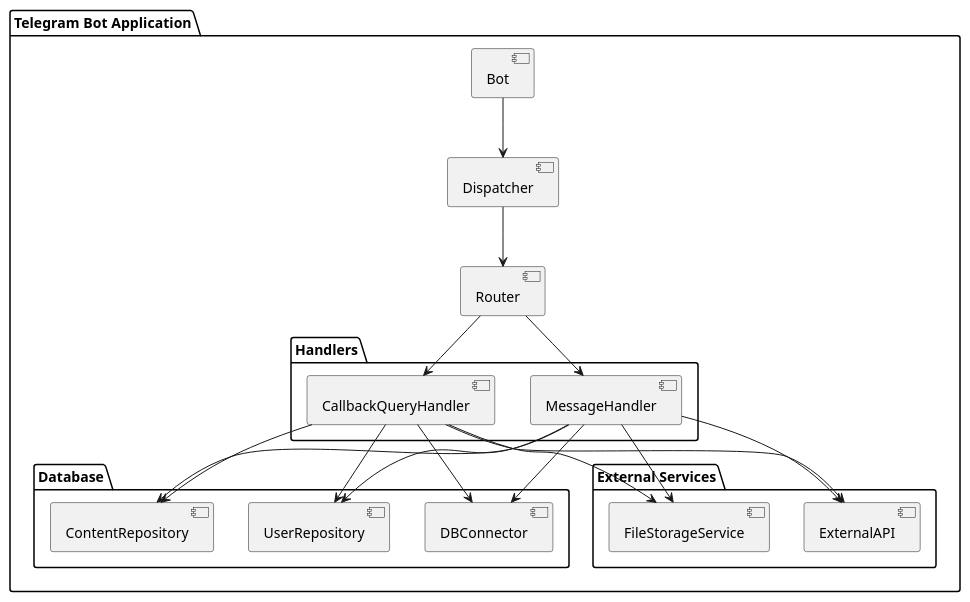
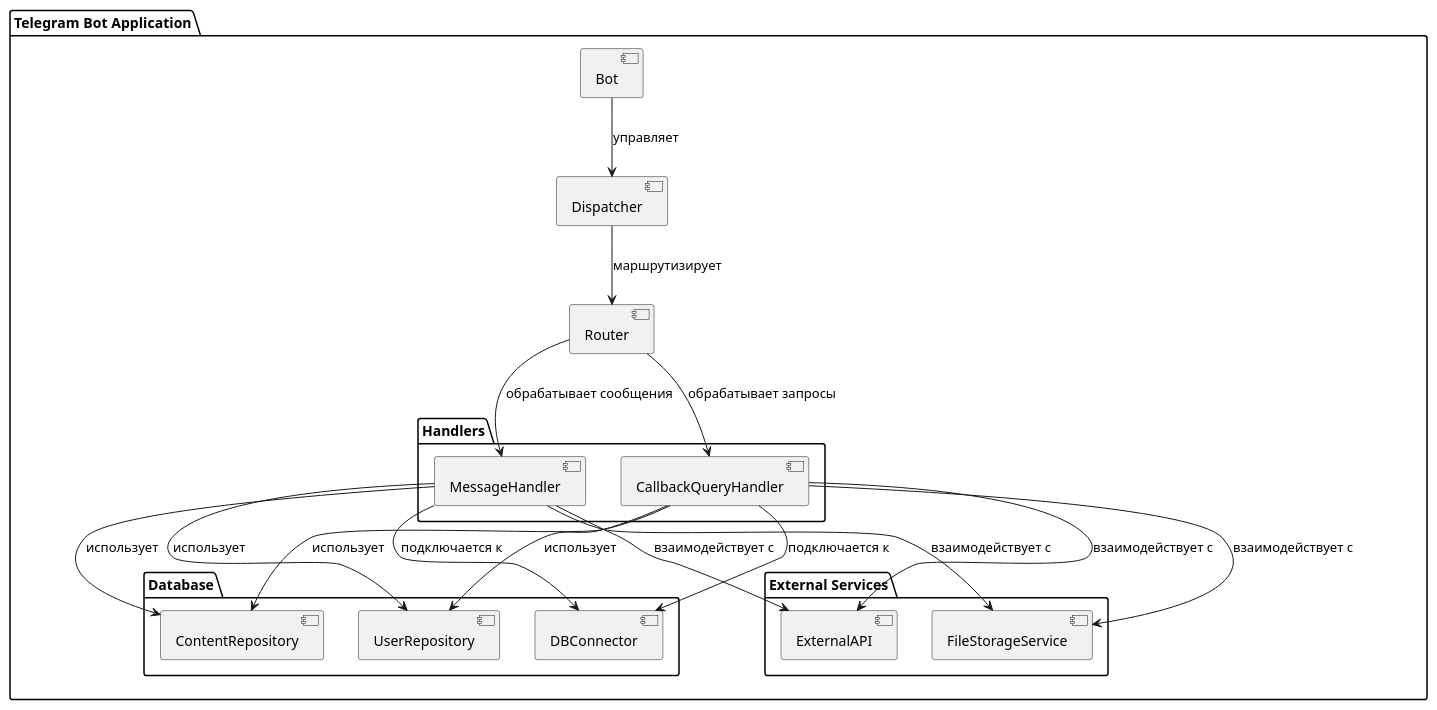
Before and after one commit to sinseiwas/PROspekt_bot: the diagram in docs/diagrams/component_diagram.puml, drawn with PlantUML. The commit also changed 2 other files, not shown here.

```diff
--- a/docs/diagrams/component_diagram.puml
+++ b/docs/diagrams/component_diagram.puml
@@ -1,38 +1,37 @@
 @startuml
 package "Telegram Bot Application" {
-    [Bot] --> [Dispatcher]
-
-    [Dispatcher] --> [Router]
+    [Bot] --> [Dispatcher] : управляет
+    [Dispatcher] --> [Router] : маршрутизирует
 
     package "Handlers" {
         [MessageHandler]
         [CallbackQueryHandler]
     }
 
-    [Router] --> [MessageHandler]
-    [Router] --> [CallbackQueryHandler]
+    [Router] --> [MessageHandler] : обрабатывает сообщения
+    [Router] --> [CallbackQueryHandler] : обрабатывает запросы
 
     package "Database" {
         [DBConnector]
         [UserRepository]
         [ContentRepository]
     }
 
     package "External Services" {
         [ExternalAPI]
         [FileStorageService]
     }
 
-    [MessageHandler] --> [DBConnector]
-    [MessageHandler] --> [UserRepository]
-    [MessageHandler] --> [ContentRepository]
-    [MessageHandler] --> [ExternalAPI]
-    [MessageHandler] --> [FileStorageService]
+    [MessageHandler] --> [DBConnector] : подключается к
+    [MessageHandler] --> [UserRepository] : использует
+    [MessageHandler] --> [ContentRepository] : использует
+    [MessageHandler] --> [ExternalAPI] : взаимодействует с
+    [MessageHandler] --> [FileStorageService] : взаимодействует с
 
-    [CallbackQueryHandler] --> [DBConnector]
-    [CallbackQueryHandler] --> [UserRepository]
-    [CallbackQueryHandler] --> [ContentRepository]
-    [CallbackQueryHandler] --> [ExternalAPI]
-    [CallbackQueryHandler] --> [FileStorageService]
+    [CallbackQueryHandler] --> [DBConnector] : подключается к
+    [CallbackQueryHandler] --> [UserRepository] : использует
+    [CallbackQueryHandler] --> [ContentRepository] : использует
+    [CallbackQueryHandler] --> [ExternalAPI] : взаимодействует с
+    [CallbackQueryHandler] --> [FileStorageService] : взаимодействует с
 }
 @enduml
```
